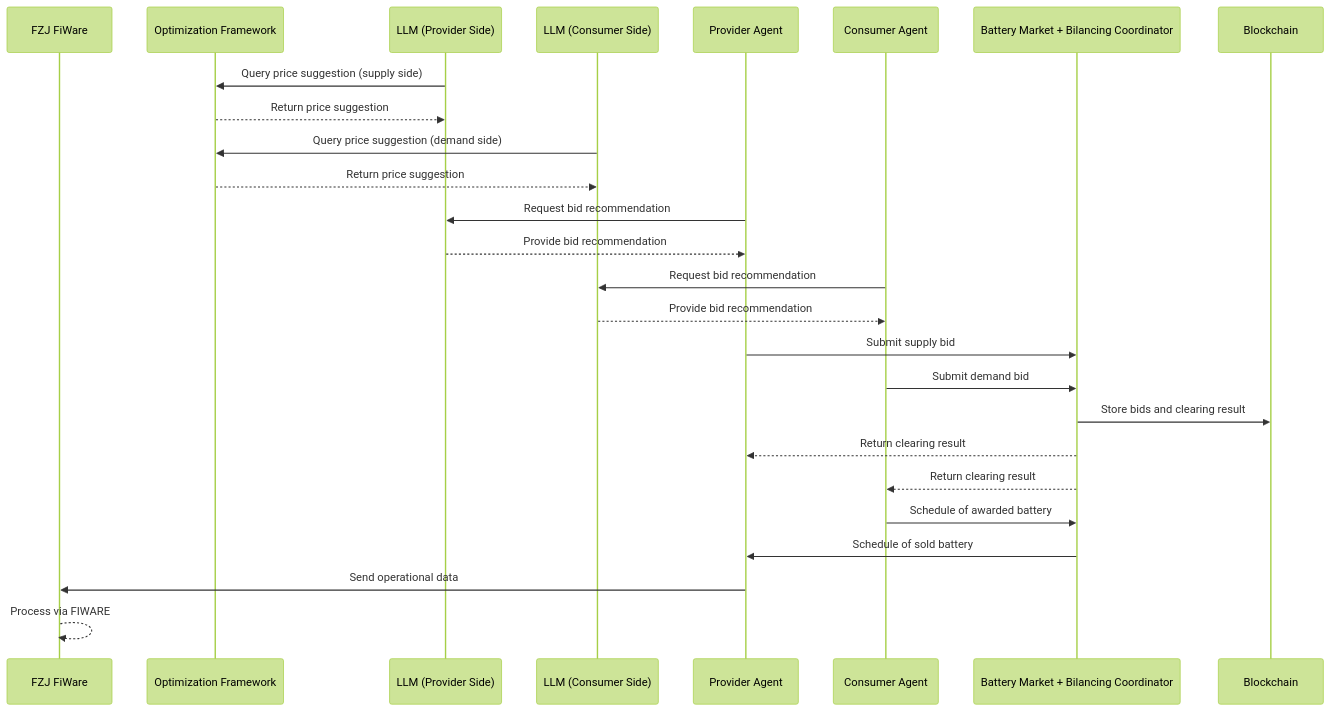
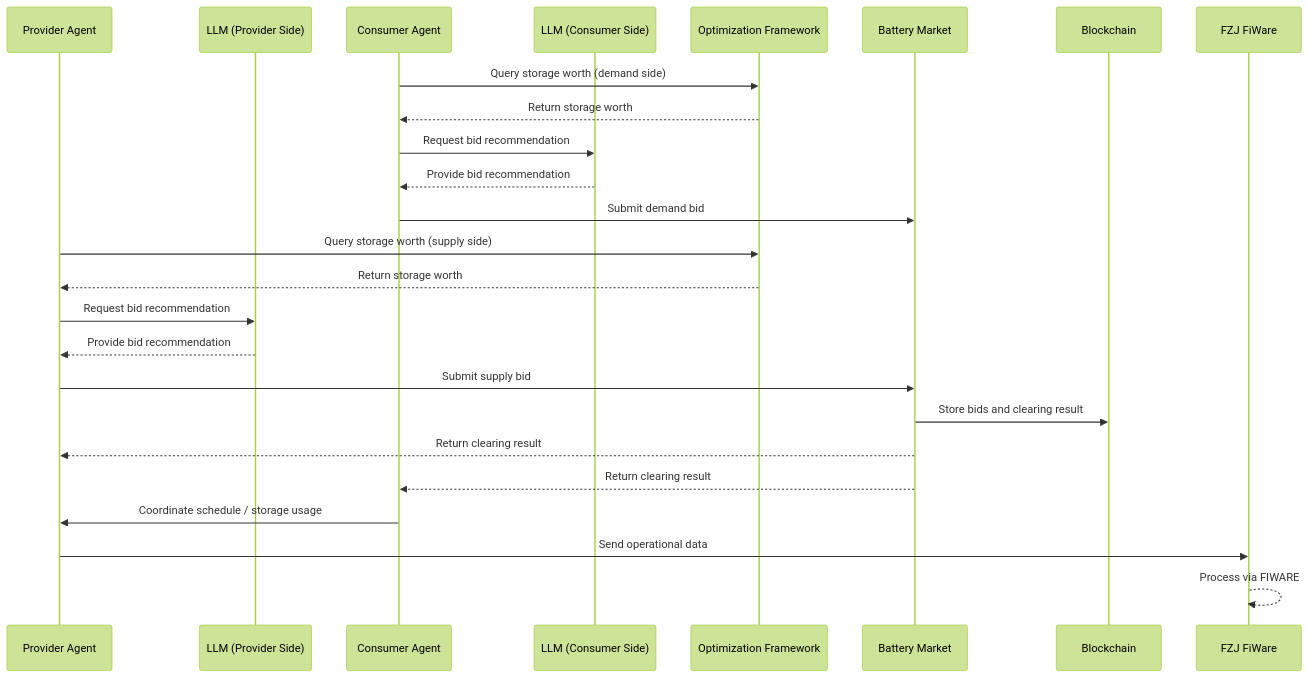
One commit to MAS4TE/organisation changed the diagram in storage_market_seq_diagram.md. Above: the diagram before and after it, drawn with Mermaid (forest theme).

````diff
--- a/storage_market_seq_diagram.md
+++ b/storage_market_seq_diagram.md
@@ -1,36 +1,38 @@
 ```mermaid
 sequenceDiagram
+    participant ProviderAgent as Provider Agent
+    participant LLM_Provider as LLM (Provider Side)
+    participant ConsumerAgent as Consumer Agent
+    participant LLM_Consumer as LLM (Consumer Side)
+    participant OptFramework as Optimization Framework
+    participant Market as Battery Market
+    participant Blockchain
     participant FZJ as FZJ FiWare
-    participant OptFramework as Optimization Framework
-    participant LLM_Provider as LLM (Provider Side)
-    participant LLM_Consumer as LLM (Consumer Side)
-    participant ProviderAgent as Provider Agent
-    participant ConsumerAgent as Consumer Agent
-    participant Market as Battery Market + Bilancing Coordinator
-    participant Blockchain
 
-    LLM_Provider->>OptFramework: Query price suggestion (supply side)
-    OptFramework-->>LLM_Provider: Return price suggestion
+    ConsumerAgent->>OptFramework: Query storage worth (demand side)
+    OptFramework-->>ConsumerAgent: Return storage worth
 
-    LLM_Consumer->>OptFramework: Query price suggestion (demand side)
-    OptFramework-->>LLM_Consumer: Return price suggestion
+    ConsumerAgent->>LLM_Consumer: Request bid recommendation
+
+    LLM_Consumer-->>ConsumerAgent: Provide bid recommendation
+
+    ConsumerAgent->>Market: Submit demand bid
+
+    ProviderAgent->>OptFramework: Query storage worth (supply side)
+    OptFramework-->>ProviderAgent: Return storage worth
 
     ProviderAgent->>LLM_Provider: Request bid recommendation
+
     LLM_Provider-->>ProviderAgent: Provide bid recommendation
 
-    ConsumerAgent->>LLM_Consumer: Request bid recommendation
-    LLM_Consumer-->>ConsumerAgent: Provide bid recommendation
-
     ProviderAgent->>Market: Submit supply bid
-    ConsumerAgent->>Market: Submit demand bid
 
     Market->>Blockchain: Store bids and clearing result
     Market-->>ProviderAgent: Return clearing result
     Market-->>ConsumerAgent: Return clearing result
 
-    ConsumerAgent->>Market: Schedule of awarded battery
-    Market->>ProviderAgent: Schedule of sold battery
+    ConsumerAgent->>ProviderAgent: Coordinate schedule / storage usage
 
     ProviderAgent->>FZJ: Send operational data
     FZJ-->>FZJ: Process via FIWARE
 ```
````
